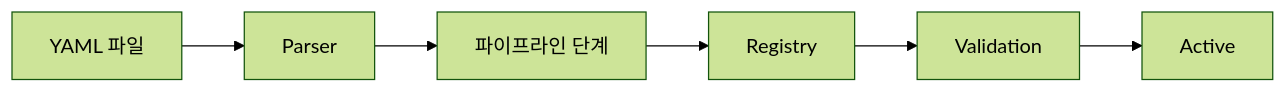
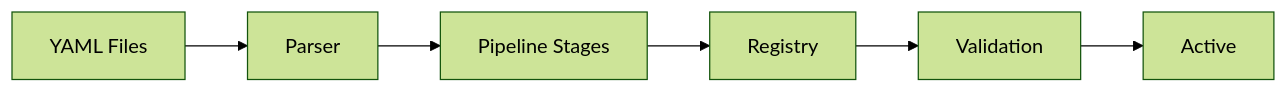
The second of 3 diagrams in ko/internals/architecture.md (wippyai/docs), drawn with Mermaid (forest theme) before and after one commit. The commit also changed other lines of this file and 870 other files, not shown here.

````diff
--- a/ko/internals/architecture.md
+++ b/ko/internals/architecture.md
@@ -144,8 +143,8 @@
 ```mermaid
 flowchart LR
-    YAML[YAML 파일] --> Parser
-    Parser --> Stages[파이프라인 단계]
+    YAML[YAML Files] --> Parser
+    Parser --> Stages[Pipeline Stages]
     Stages --> Registry
     Registry --> Validation
     Validation --> Active
 ```
````
